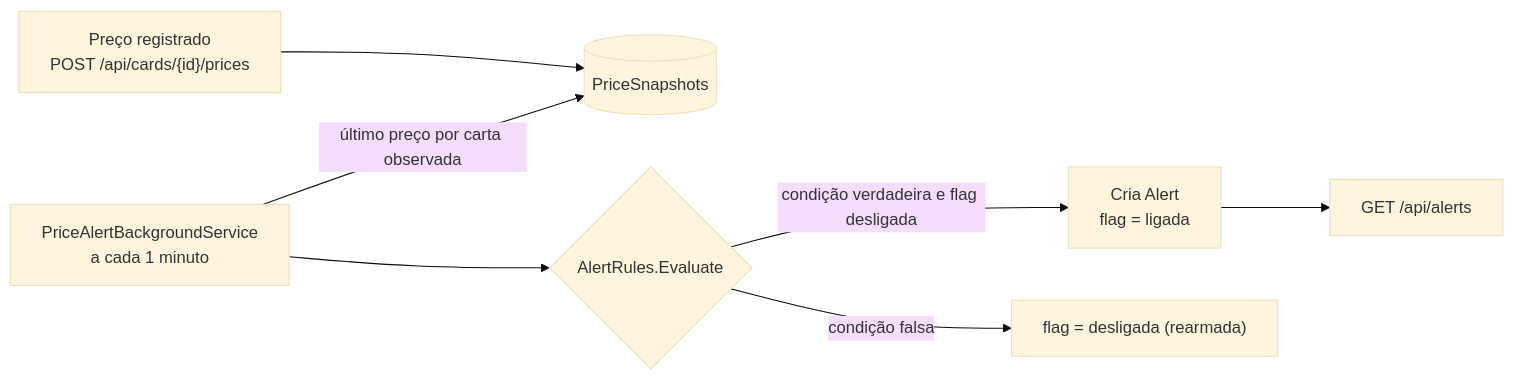
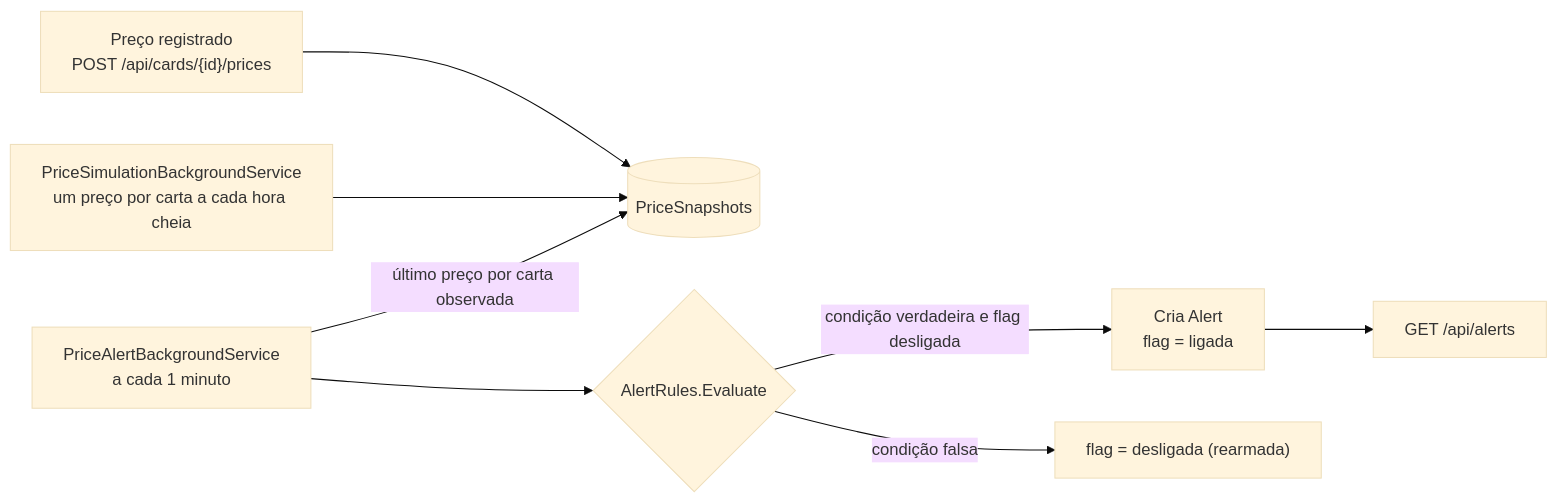
The first of 3 diagrams in README.pt-BR.md (fc-trade-manager/backend), drawn with Mermaid (base theme) before and after one commit. The commit also changed other lines of this file and 12 other files, not shown here.

````diff
--- a/README.pt-BR.md
+++ b/README.pt-BR.md
@@ -86,9 +86,10 @@
 ```mermaid
 flowchart LR
     A["Preço registrado<br/>POST /api/cards/{id}/prices"] --> B[("PriceSnapshots")]
+    S["PriceSimulationBackgroundService<br/>um preço por carta a cada hora cheia"] --> B
     C["PriceAlertBackgroundService<br/>a cada 1 minuto"] -->|"último preço por carta observada"| B
     C --> D{"AlertRules.Evaluate"}
     D -->|"condição verdadeira e flag desligada"| E["Cria Alert<br/>flag = ligada"]
     D -->|"condição falsa"| F["flag = desligada (rearmada)"]
     E --> G["GET /api/alerts"]
 ```
````
